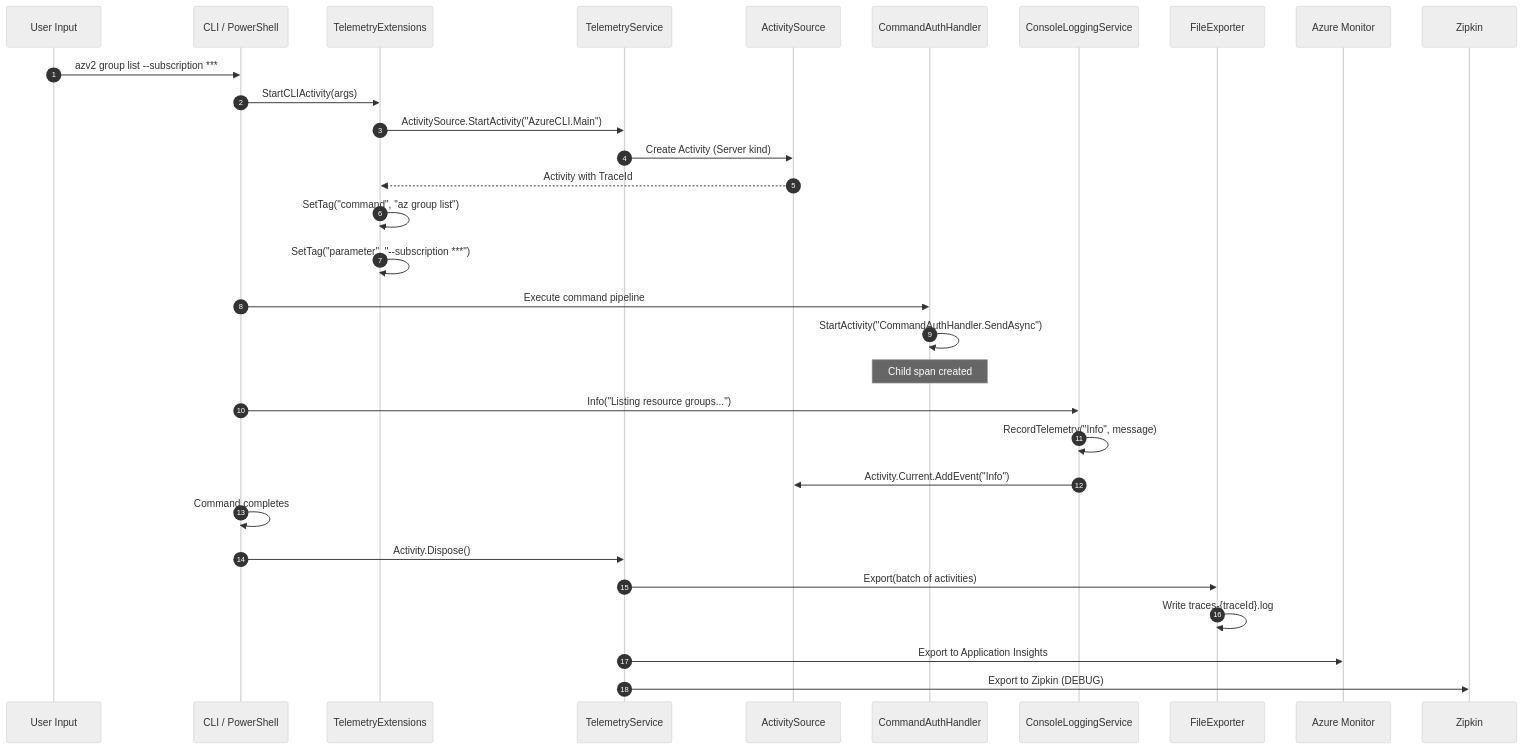
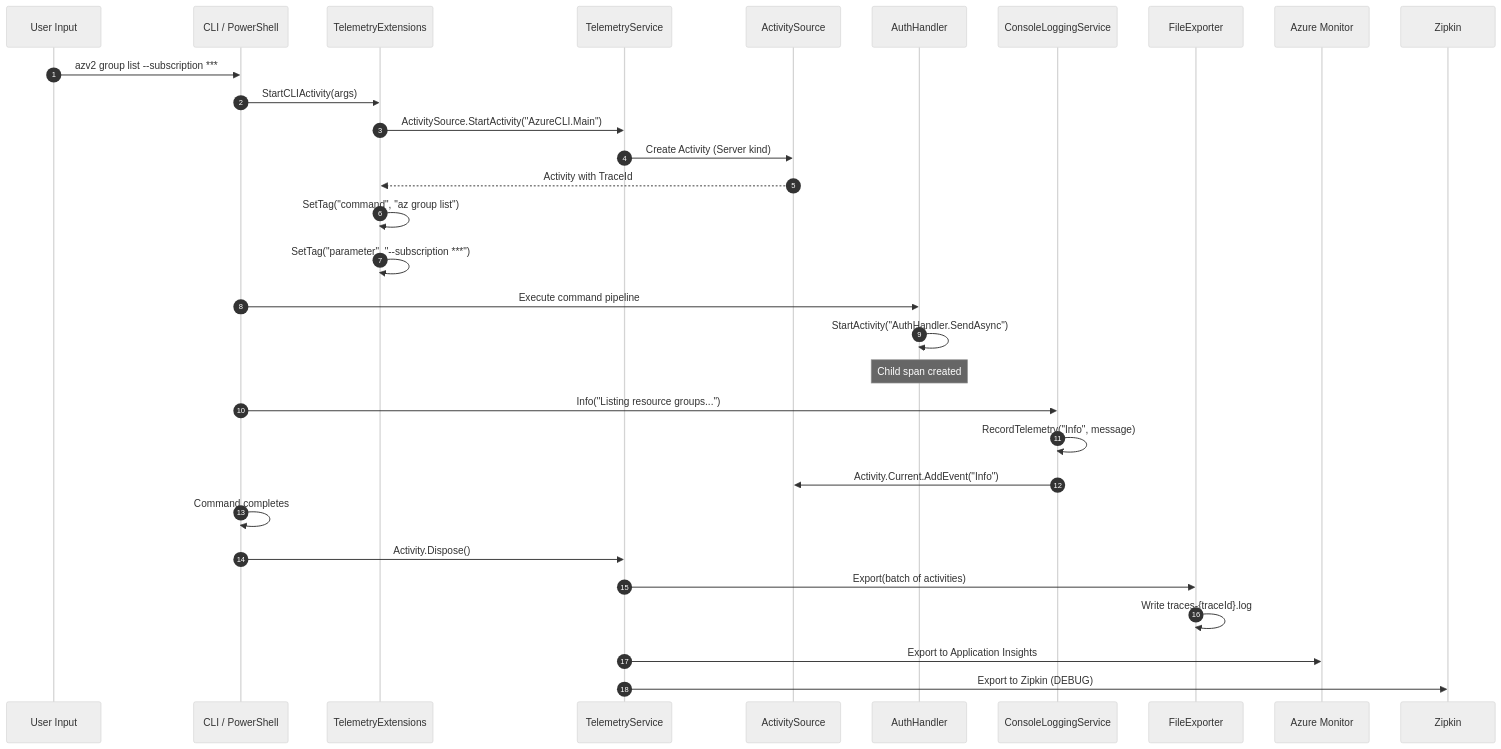
Before and after one commit to Azure/azclips: the second of 2 diagrams in wiki/02-deep-dive/telemetry.md, drawn with Mermaid (neutral theme). The commit also changed other lines of this file and 35 other files, not shown here.

````diff
--- a/wiki/02-deep-dive/telemetry.md
+++ b/wiki/02-deep-dive/telemetry.md
@@ -196,38 +196,38 @@
 ```mermaid
 sequenceDiagram
     autonumber
     participant User as User Input
     participant CLI as CLI / PowerShell
     participant Ext as TelemetryExtensions
     participant TS as TelemetryService
     participant AS as ActivitySource
-    participant Auth as CommandAuthHandler
+    participant Auth as AuthHandler
     participant Log as ConsoleLoggingService
     participant FE as FileExporter
     participant AM as Azure Monitor
     participant ZK as Zipkin
 
     User->>CLI: azv2 group list --subscription ***
     CLI->>Ext: StartCLIActivity(args)
     Ext->>TS: ActivitySource.StartActivity("AzureCLI.Main")
     TS->>AS: Create Activity (Server kind)
     AS-->>Ext: Activity with TraceId
     Ext->>Ext: SetTag("command", "az group list")
     Ext->>Ext: SetTag("parameter", "--subscription ***")
 
     CLI->>Auth: Execute command pipeline
-    Auth->>Auth: StartActivity("CommandAuthHandler.SendAsync")
+    Auth->>Auth: StartActivity("AuthHandler.SendAsync")
     Note over Auth: Child span created
 
     CLI->>Log: Info("Listing resource groups...")
     Log->>Log: RecordTelemetry("Info", message)
     Log->>AS: Activity.Current.AddEvent("Info")
 
     CLI->>CLI: Command completes
     CLI->>TS: Activity.Dispose()
 
     TS->>FE: Export(batch of activities)
     FE->>FE: Write traces-{traceId}.log
     TS->>AM: Export to Application Insights
     TS->>ZK: Export to Zipkin (DEBUG)
 ```
````
